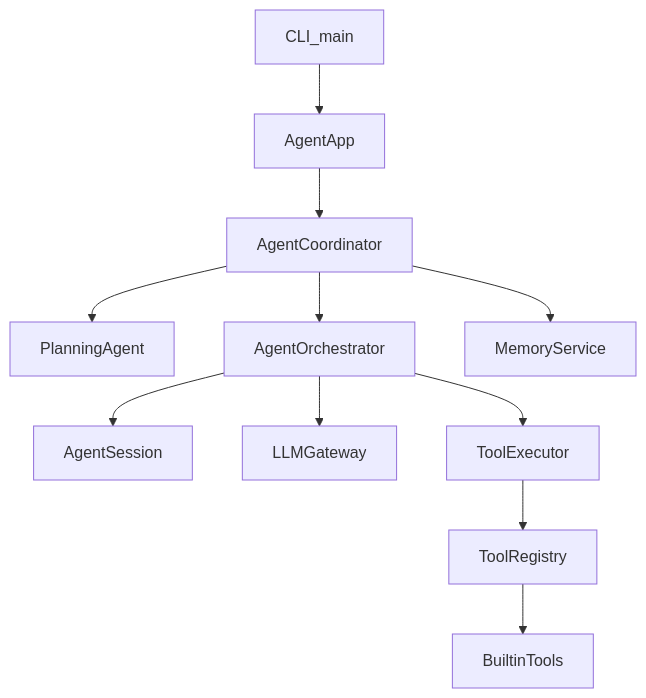
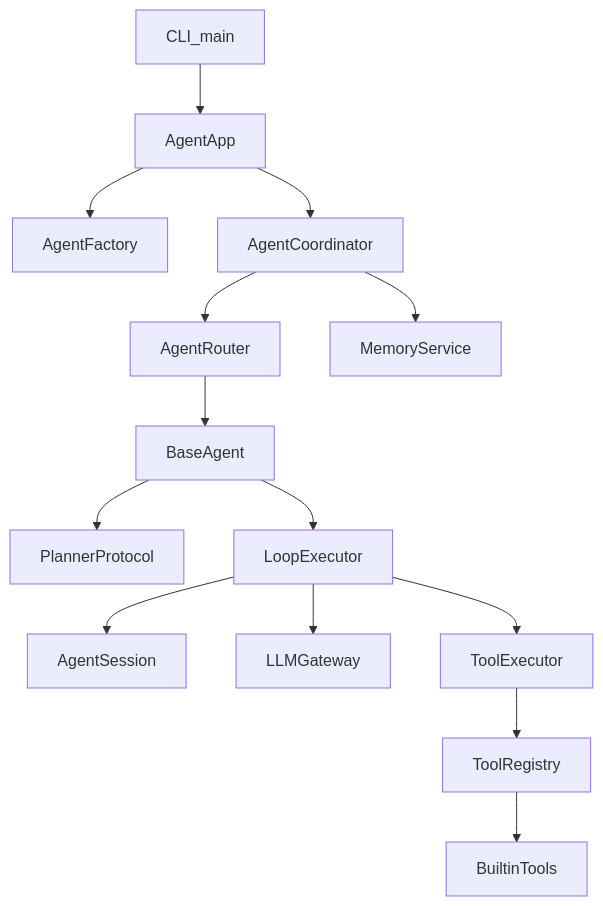
The first of 2 diagrams in docs/ARCHITECTURE.md (breakman99/Jarvis), drawn with Mermaid before and after one commit. The commit also changed other lines of this file and 17 other files, not shown here.

````diff
--- a/docs/ARCHITECTURE.md
+++ b/docs/ARCHITECTURE.md
@@ -18,13 +18,16 @@
 ```mermaid
 flowchart TD
     cli[CLI_main] --> app[AgentApp]
+    app --> factory[AgentFactory]
     app --> coordinator[AgentCoordinator]
-    coordinator --> planningAgent[PlanningAgent]
-    coordinator --> orchestrator[AgentOrchestrator]
-    orchestrator --> session[AgentSession]
+    coordinator --> router[AgentRouter]
+    router --> baseAgent[BaseAgent]
+    baseAgent --> planner[PlannerProtocol]
+    baseAgent --> loopExecutor[LoopExecutor]
+    loopExecutor --> session[AgentSession]
     coordinator --> memory[MemoryService]
-    orchestrator --> llm[LLMGateway]
-    orchestrator --> executor[ToolExecutor]
+    loopExecutor --> llm[LLMGateway]
+    loopExecutor --> executor[ToolExecutor]
     executor --> registry[ToolRegistry]
     registry --> builtin[BuiltinTools]
 ```
````
